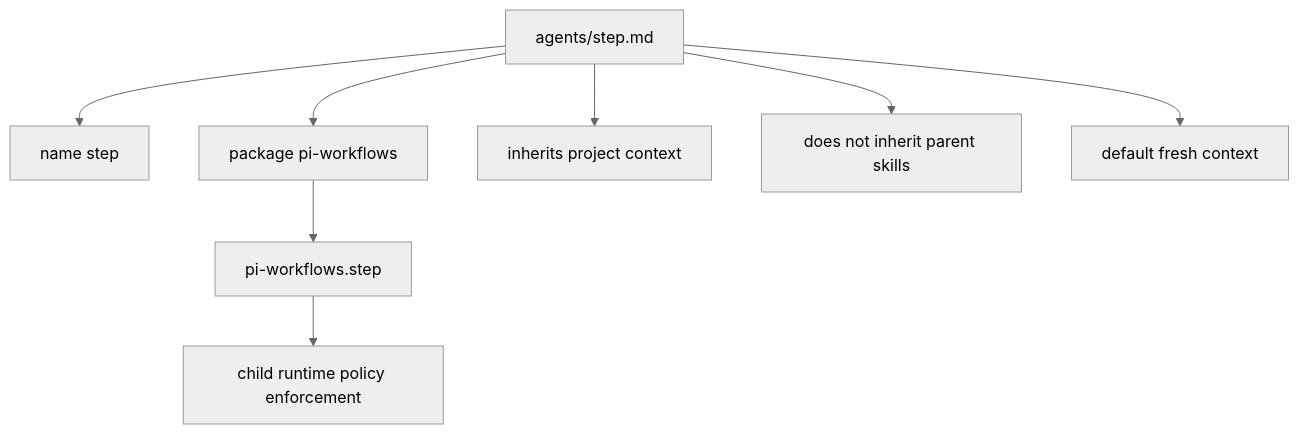
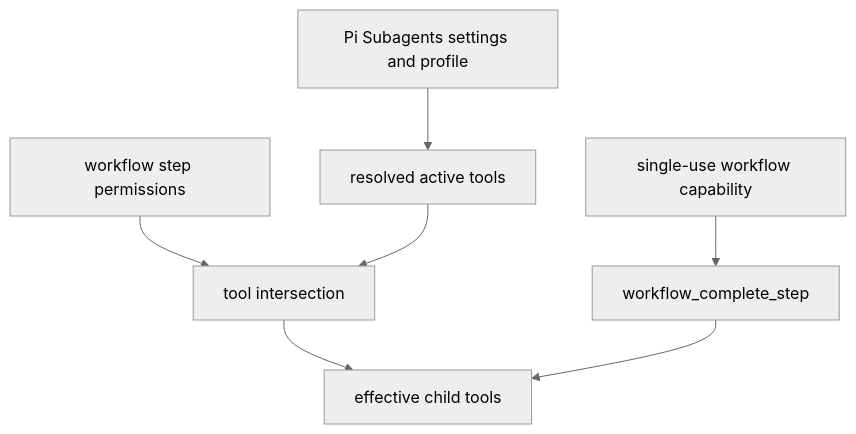
The sixth of 6 diagrams in openwiki/integrations/subagents.md (wichayutdew/pi-workflows), drawn with Mermaid (neutral theme) before and after one commit. The commit also changed other lines of this file and 84 other files, not shown here.

````diff
--- a/openwiki/integrations/subagents.md
+++ b/openwiki/integrations/subagents.md
@@ -90,10 +115,9 @@
 ```mermaid
 flowchart TD
-  StepMD[agents/step.md] --> Name[name step]
-  StepMD --> Package[package pi-workflows]
-  Package --> RuntimeName[pi-workflows.step]
-  StepMD --> InheritProject[inherits project context]
-  StepMD --> NoSkills[does not inherit parent skills]
-  StepMD --> Fresh[default fresh context]
-  RuntimeName --> Policy[child runtime policy enforcement]
+  Settings[Pi Subagents settings and profile] --> Profile[resolved active tools]
+  Workflow[workflow step permissions] --> Intersection[tool intersection]
+  Profile --> Intersection
+  Capability[single-use workflow capability] --> Completion[workflow_complete_step]
+  Intersection --> Effective[effective child tools]
+  Completion --> Effective
 ```
````
